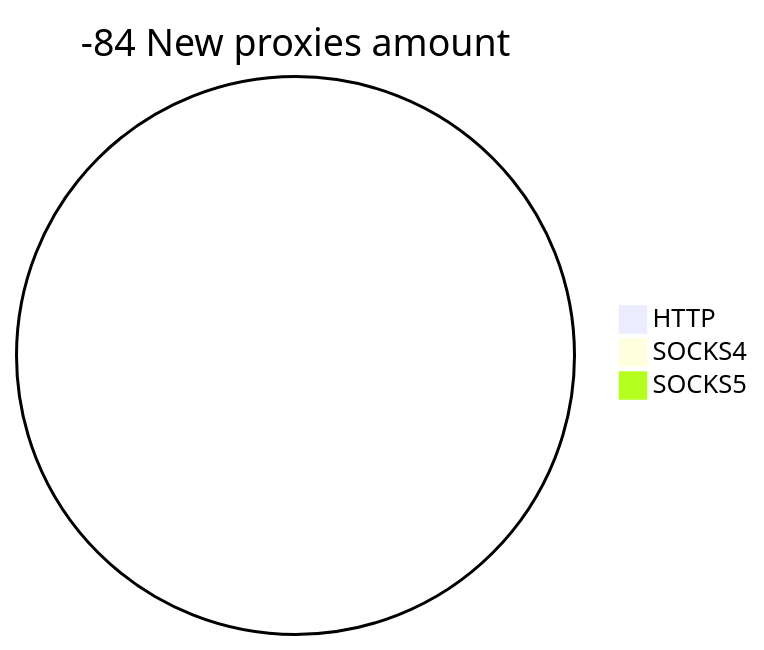
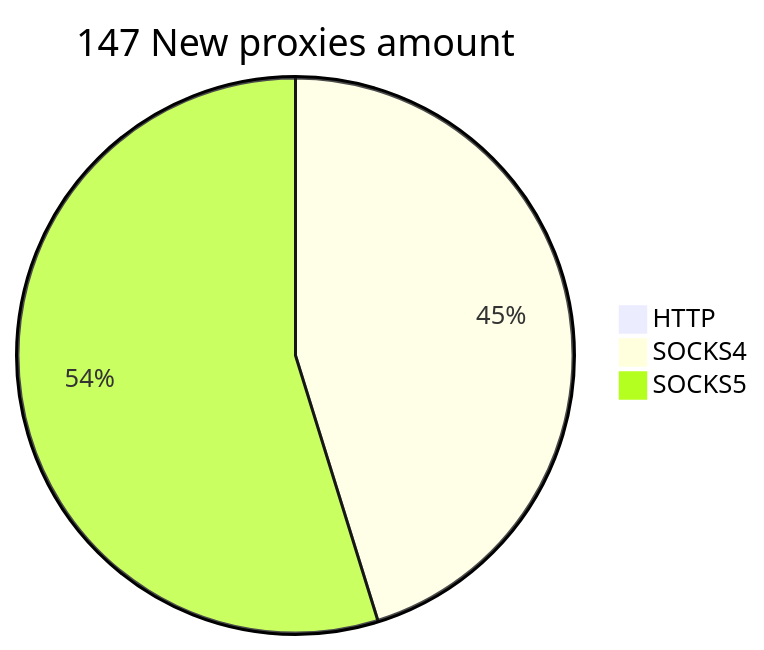
Before and after one commit to cutipu/proxylist: the second of 2 diagrams in README.md, drawn with Mermaid. The commit also changed other lines of this file, not shown here.

````diff
--- a/README.md
+++ b/README.md
@@ -10,6 +10,6 @@
 ```mermaid
-pie title -84 New proxies amount
-    "HTTP" : 0
-    "SOCKS4" : 0
-    "SOCKS5" : 0
+pie title 147 New proxies amount
+    "HTTP" : 1
+    "SOCKS4" : 66
+    "SOCKS5" : 80
 ```
````
